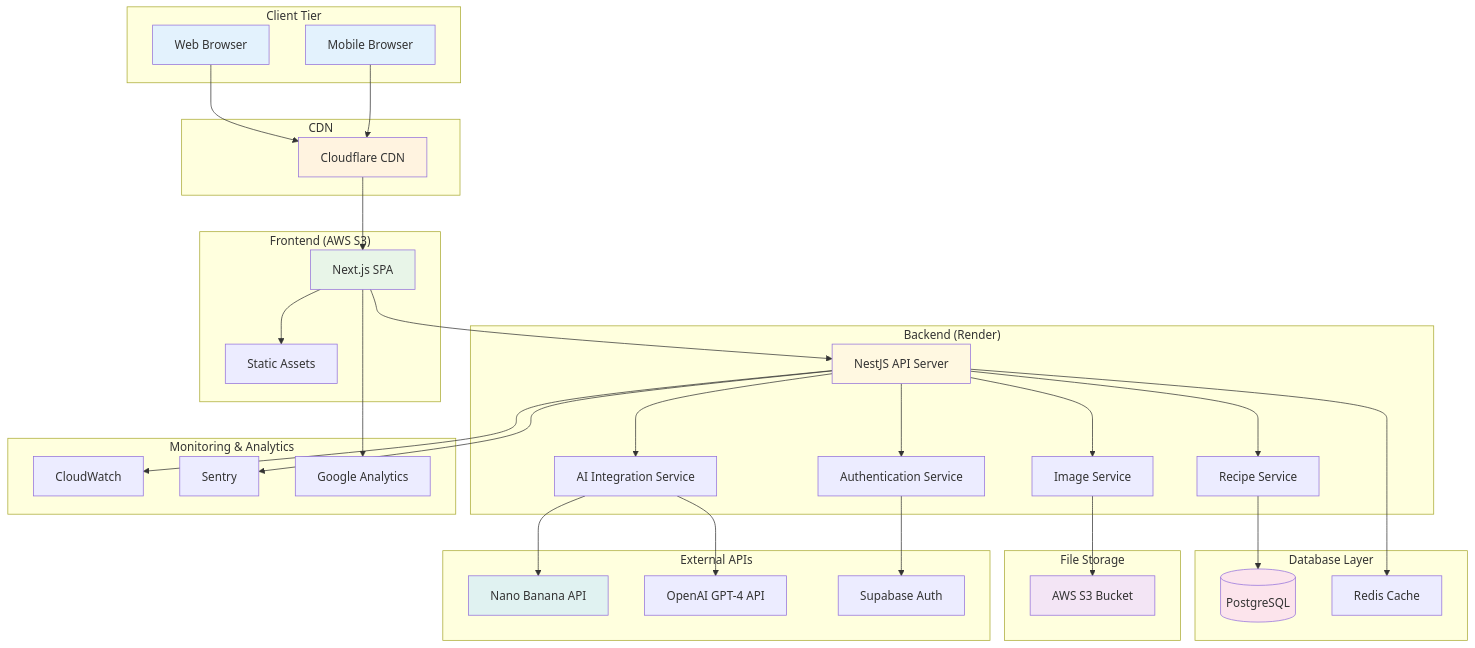
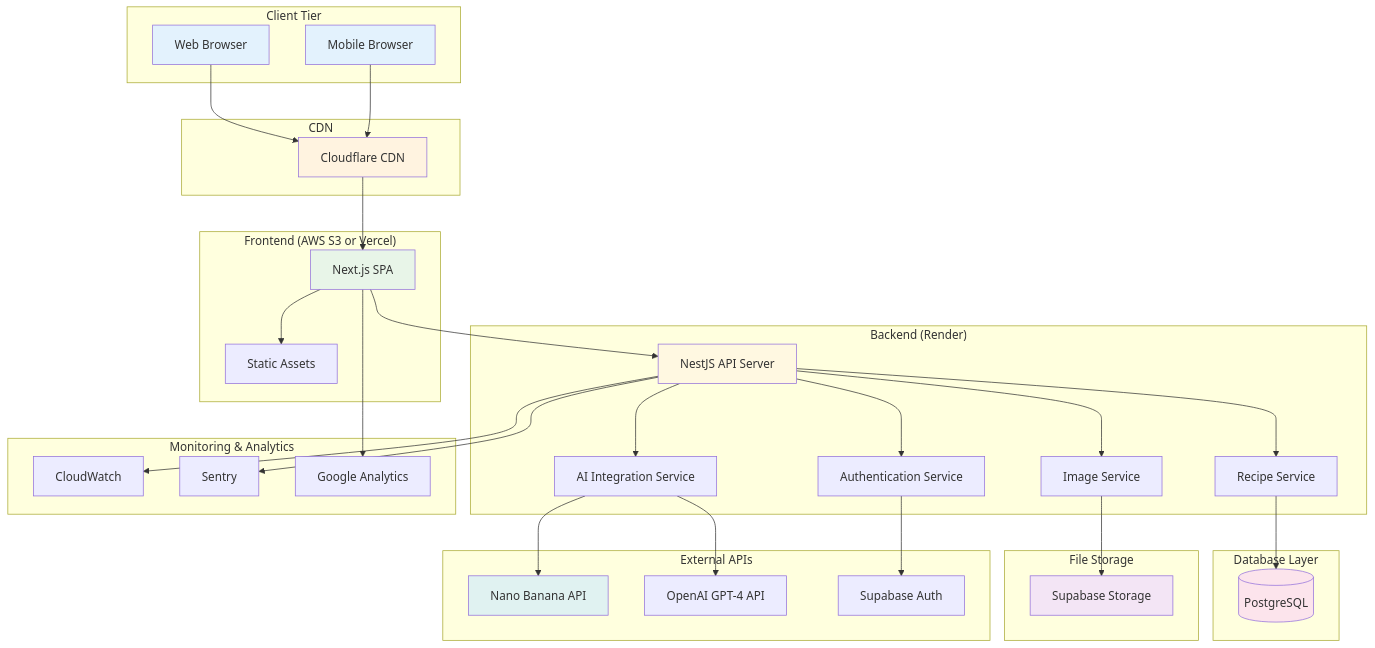
Before and after one commit to so-ota-biz/fridge-chef: the diagram in assets/mmd/system-architecture.mmd, drawn with Mermaid. The commit also changed 2 other files, not shown here.

```diff
--- a/assets/mmd/system-architecture.mmd
+++ b/assets/mmd/system-architecture.mmd
@@ -1,74 +1,72 @@
 graph TB
     subgraph "Client Tier"
         A[Web Browser]
         B[Mobile Browser]
     end
     
     subgraph "CDN"
         C[Cloudflare CDN]
     end
     
-    subgraph "Frontend (AWS S3)"
+    subgraph "Frontend (AWS S3 or Vercel)"
         D[Next.js SPA]
         E[Static Assets]
     end
     
     subgraph "Backend (Render)"
         F[NestJS API Server]
         G[Authentication Service]
         H[Recipe Service]
         I[Image Service]
         J[AI Integration Service]
     end
     
     subgraph "Database Layer"
         K[(PostgreSQL)]
-        L[Redis Cache]
     end
     
     subgraph "File Storage"
-        M[AWS S3 Bucket]
+        M[Supabase Storage]
     end
     
     subgraph "External APIs"
         N[Nano Banana API]
         O[OpenAI GPT-4 API]
         P[Supabase Auth]
     end
     
     subgraph "Monitoring & Analytics"
         Q[CloudWatch]
         R[Sentry]
         S[Google Analytics]
     end
     
     A --> C
     B --> C
     C --> D
     D --> E
     D --> F
     
     F --> G
     F --> H
     F --> I
     F --> J
     
     G --> P
     H --> K
     I --> M
     J --> N
     J --> O
     
-    F --> L
     F --> Q
     F --> R
     D --> S
     
     style A fill:#e3f2fd
     style B fill:#e3f2fd
     style C fill:#fff3e0
     style D fill:#e8f5e8
     style F fill:#fff8e1
     style K fill:#fce4ec
     style M fill:#f3e5f5
     style N fill:#e0f2f1
```
